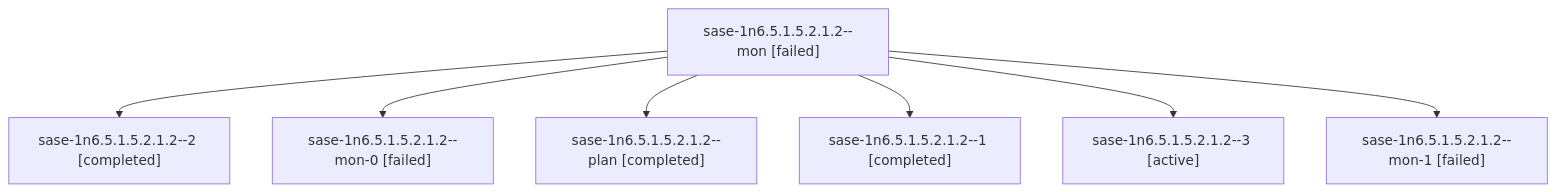
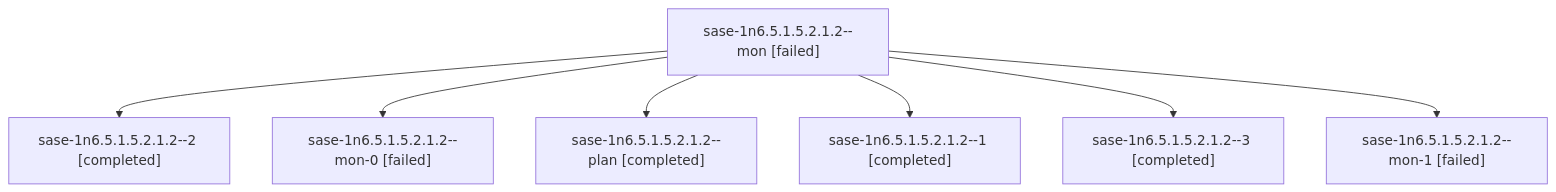
The diagram in sessions/bbugyi200.athena.sase-1n6.5.1.5.2.1.2.md (sase-org/sase--agents), drawn with Mermaid before and after one commit. The commit also changed other lines of this file and 483 other files, not shown here.

````diff
--- a/sessions/bbugyi200.athena.sase-1n6.5.1.5.2.1.2.md
+++ b/sessions/bbugyi200.athena.sase-1n6.5.1.5.2.1.2.md
@@ -9,16 +9,16 @@
 ```mermaid
 flowchart TD
   n0["sase-1n6.5.1.5.2.1.2--mon [failed]"]
   n1["sase-1n6.5.1.5.2.1.2--2 [completed]"]
   n0 --> n1
   n2["sase-1n6.5.1.5.2.1.2--mon-0 [failed]"]
   n0 --> n2
   n3["sase-1n6.5.1.5.2.1.2--plan [completed]"]
   n0 --> n3
   n4["sase-1n6.5.1.5.2.1.2--1 [completed]"]
   n0 --> n4
-  n5["sase-1n6.5.1.5.2.1.2--3 [active]"]
+  n5["sase-1n6.5.1.5.2.1.2--3 [completed]"]
   n0 --> n5
   n6["sase-1n6.5.1.5.2.1.2--mon-1 [failed]"]
   n0 --> n6
 ```
````
